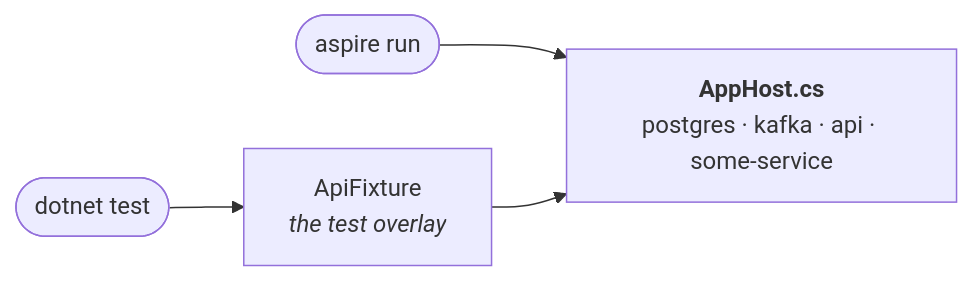
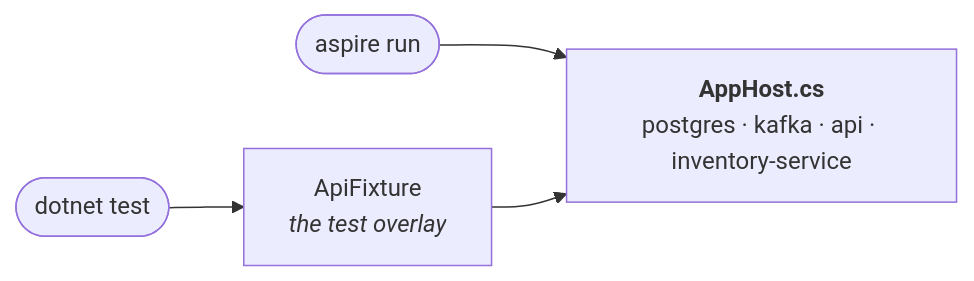
One commit to bulatgrzegorz/functional-tests changed the first of 2 diagrams in README.md. Above: the diagram before and after it, drawn with Mermaid. The commit also changed other lines of this file and 14 other files, not shown here.

First line of the commit message:
Tests' Container mode uses the AppHost's; some service becomes inventory service

````diff
--- a/README.md
+++ b/README.md
@@ -61,6 +61,6 @@
 ```mermaid
 flowchart LR
   run(["aspire run"]) --> host
   test(["dotnet test"]) --> overlay["ApiFixture<br/><i>the test overlay</i>"] --> host
-  host["<b>AppHost.cs</b><br/>postgres · kafka · api · some-service"]
+  host["<b>AppHost.cs</b><br/>postgres · kafka · api · inventory-service"]
 ```
````
